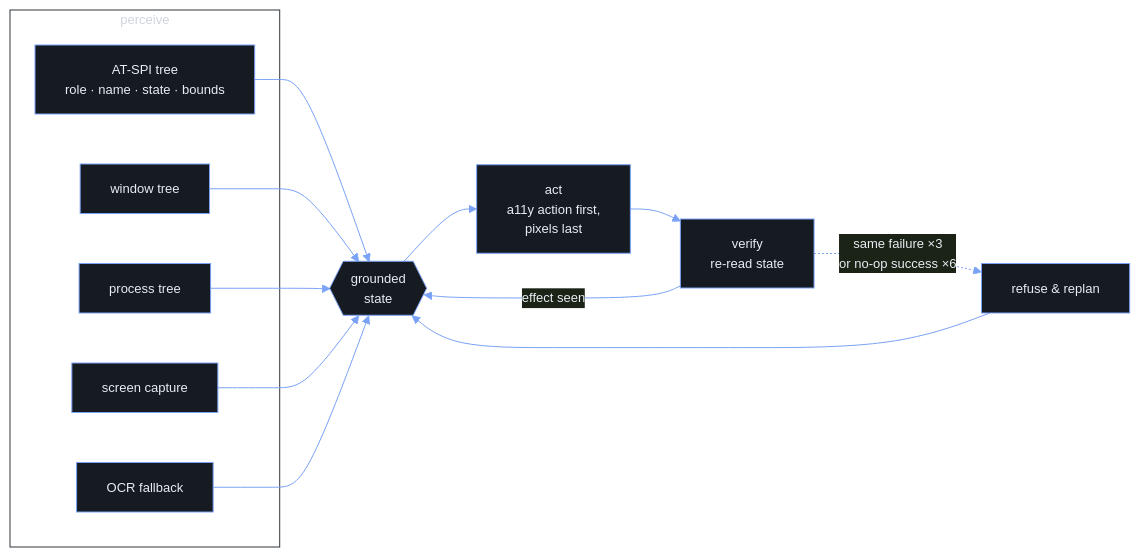
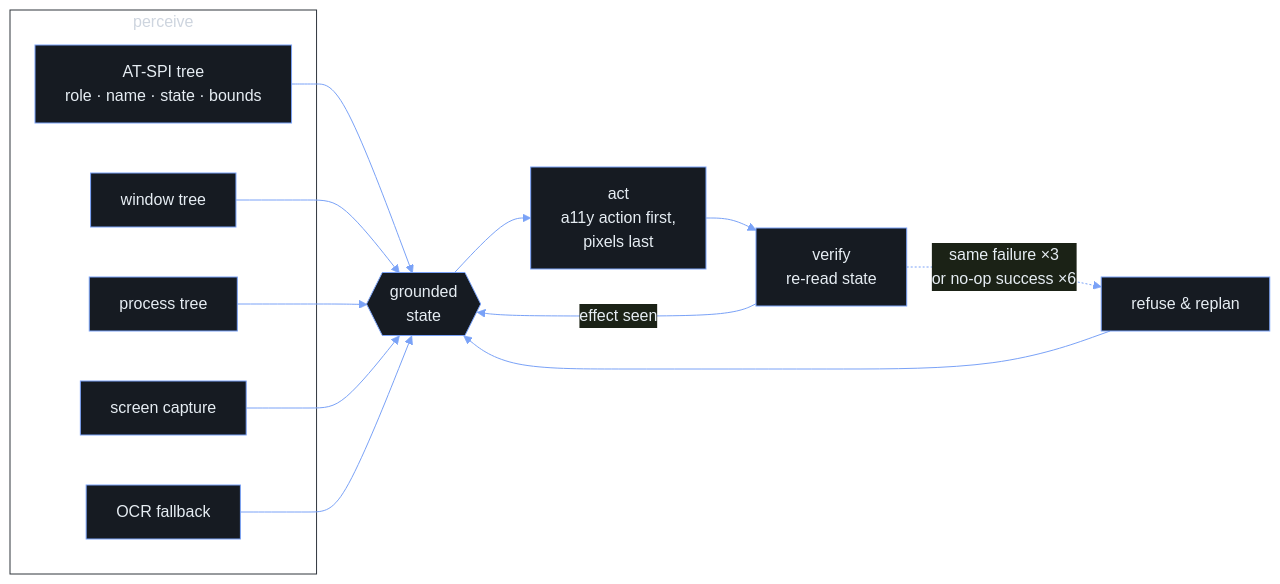
Before and after one commit to cufelix/cufelix: the first of 3 diagrams in README.md, drawn with Mermaid. The commit also changed other lines of this file, not shown here.

Commit message:
docs: add production section (OFC Poker, Pripoj.to, Fantastické obědy), fix diagram font

````diff
--- a/README.md
+++ b/README.md
@@ -54,17 +73,17 @@
 ```mermaid
-%%{init: {'theme':'base','themeVariables':{'fontFamily':'ui-monospace, monospace','fontSize':'13px','primaryColor':'#161b22','primaryTextColor':'#e6edf3','primaryBorderColor':'#7aa2f7','lineColor':'#7aa2f7','clusterBkg':'transparent','clusterBorder':'#30363d'}}}%%
+%%{init: {'theme':'base','themeVariables':{'primaryColor':'#161b22','primaryTextColor':'#e6edf3','primaryBorderColor':'#7aa2f7','lineColor':'#7aa2f7','clusterBkg':'transparent','clusterBorder':'#30363d'}}}%%
 flowchart LR
     subgraph perceive [perceive]
         A[AT-SPI tree<br/>role · name · state · bounds]
         W[window tree]
         P[process tree]
         S[screen capture]
         O[OCR fallback]
     end
     A & W & P & S & O --> F{{grounded<br/>state}}
     F --> ACT[act<br/>a11y action first,<br/>pixels last]
     ACT --> V[verify<br/>re-read state]
     V -- effect seen --> F
     V -. "same failure ×3<br/>or no-op success ×6" .-> R[refuse & replan]
     R --> F
 ```
````
